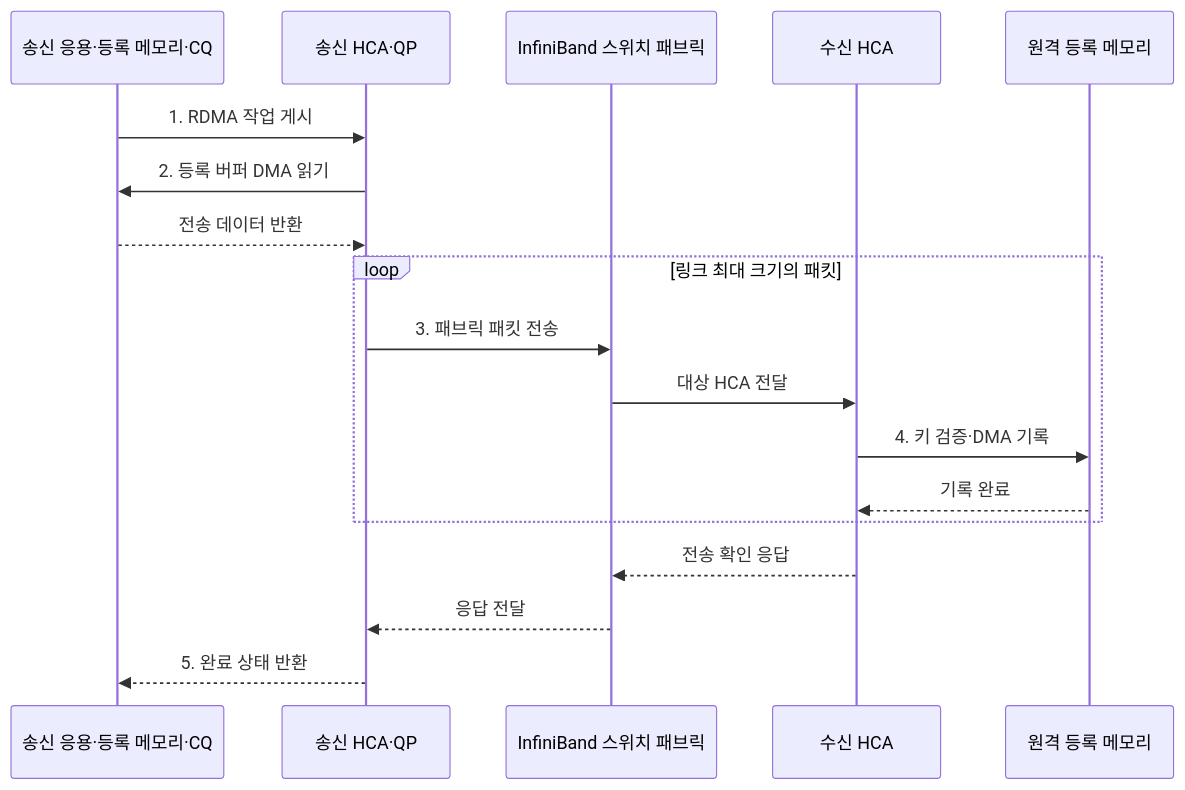
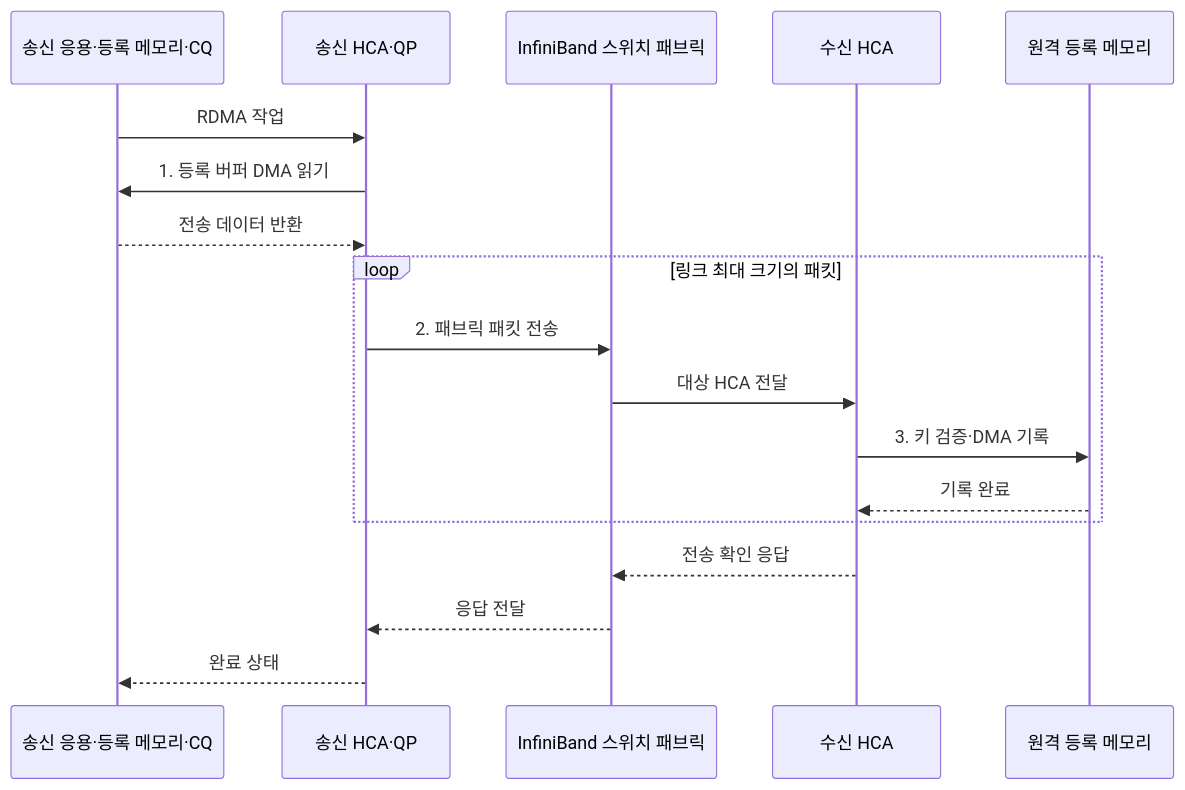
The second of 2 diagrams in src/content/docs/notes/02-hardware/048_infiniband.md (agnusdei1207/knowledge-base), drawn with Mermaid before and after one commit. The commit also changed other lines of this file and 20 other files, not shown here.

````diff
--- a/src/content/docs/notes/02-hardware/048_infiniband.md
+++ b/src/content/docs/notes/02-hardware/048_infiniband.md
@@ -87,21 +88,21 @@
 ```mermaid
 sequenceDiagram
     participant A as 송신 응용·등록 메모리·CQ
     participant HS as 송신 HCA·QP
     participant F as InfiniBand 스위치 패브릭
     participant HR as 수신 HCA
     participant MR as 원격 등록 메모리
 
-    A->>HS: 1. RDMA 작업 게시
-    HS->>A: 2. 등록 버퍼 DMA 읽기
+    A->>HS: RDMA 작업
+    HS->>A: 1. 등록 버퍼 DMA 읽기
     A-->>HS: 전송 데이터 반환
     loop 링크 최대 크기의 패킷
-        HS->>F: 3. 패브릭 패킷 전송
+        HS->>F: 2. 패브릭 패킷 전송
         F->>HR: 대상 HCA 전달
-        HR->>MR: 4. 키 검증·DMA 기록
+        HR->>MR: 3. 키 검증·DMA 기록
         MR-->>HR: 기록 완료
     end
     HR-->>F: 전송 확인 응답
     F-->>HS: 응답 전달
-    HS-->>A: 5. 완료 상태 반환
+    HS-->>A: 완료 상태
 ```
````
